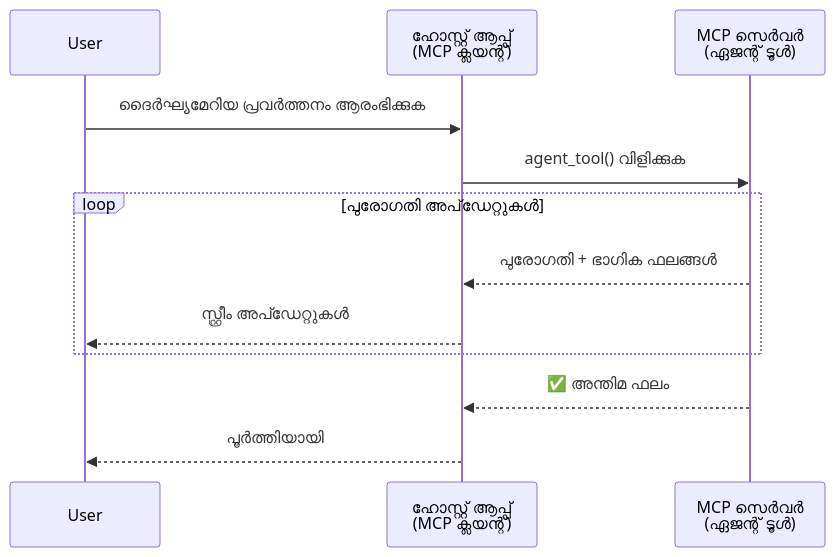
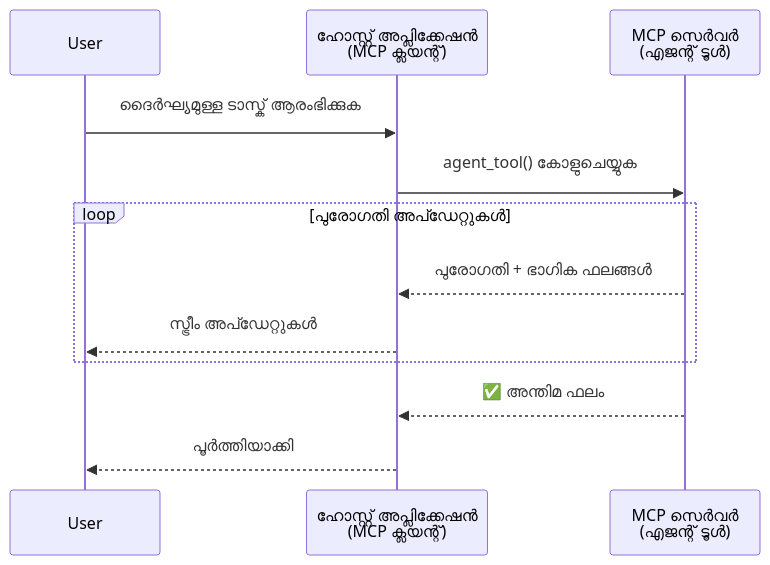
Before and after one commit to gabrielmoreira/agent-skills-mirror: the first of 5 diagrams in mirrors/repos/microsoft@ai-agents-for-beginners/translations/ml/11-agentic-protocols/code_samples/mcp-agents/README.md, drawn with Mermaid. The commit also changed other lines of this file and 4262 other files, not shown here.

````diff
--- a/mirrors/repos/microsoft@ai-agents-for-beginners/translations/ml/11-agentic-protocols/code_samples/mcp-agents/README.md
+++ b/mirrors/repos/microsoft@ai-agents-for-beginners/translations/ml/11-agentic-protocols/code_samples/mcp-agents/README.md
@@ -46,17 +46,17 @@
 ```mermaid
 sequenceDiagram
     participant User
-    participant Host as ഹോസ്റ്റ് ആപ്പ്<br/>(MCP ക്ലയന്റ്)
-    participant Server as MCP സെർവർ<br/>(ഏജന്റ് ടൂൾ)
+    participant Host as ഹോസ്റ്റ് അപ്ലിക്കേഷൻ<br/>(MCP ക്ലയന്റ്)
+    participant Server as MCP സെർവർ<br/>(എജന്റ് ടൂൾ)
 
-    User->>Host: ദൈർഘ്യമേറിയ പ്രവർത്തനം ആരംഭിക്കുക
-    Host->>Server: agent_tool() വിളിക്കുക
+    User->>Host: ദൈർഘ്യമുള്ള ടാസ്ക് ആരംഭിക്കുക
+    Host->>Server: agent_tool() കോളുചെയ്യുക
 
-    loop പുരോഗതി അപ്‌ഡേറ്റുകൾ
+    loop പുരോഗതി അപ്ഡേറ്റുകൾ
         Server-->>Host: പുരോഗതി + ഭാഗിക ഫലങ്ങൾ
-        Host-->>User: സ്റ്റ്രീം അപ്ഡേറ്റുകൾ
+        Host-->>User: സ്ട്രീം അപ്ഡേറ്റുകൾ
     end
 
     Server-->>Host: ✅ അന്തിമ ഫലം
-    Host-->>User: പൂർത്തിയായി
+    Host-->>User: പൂർത്തിയാക്കി
 ```
````
